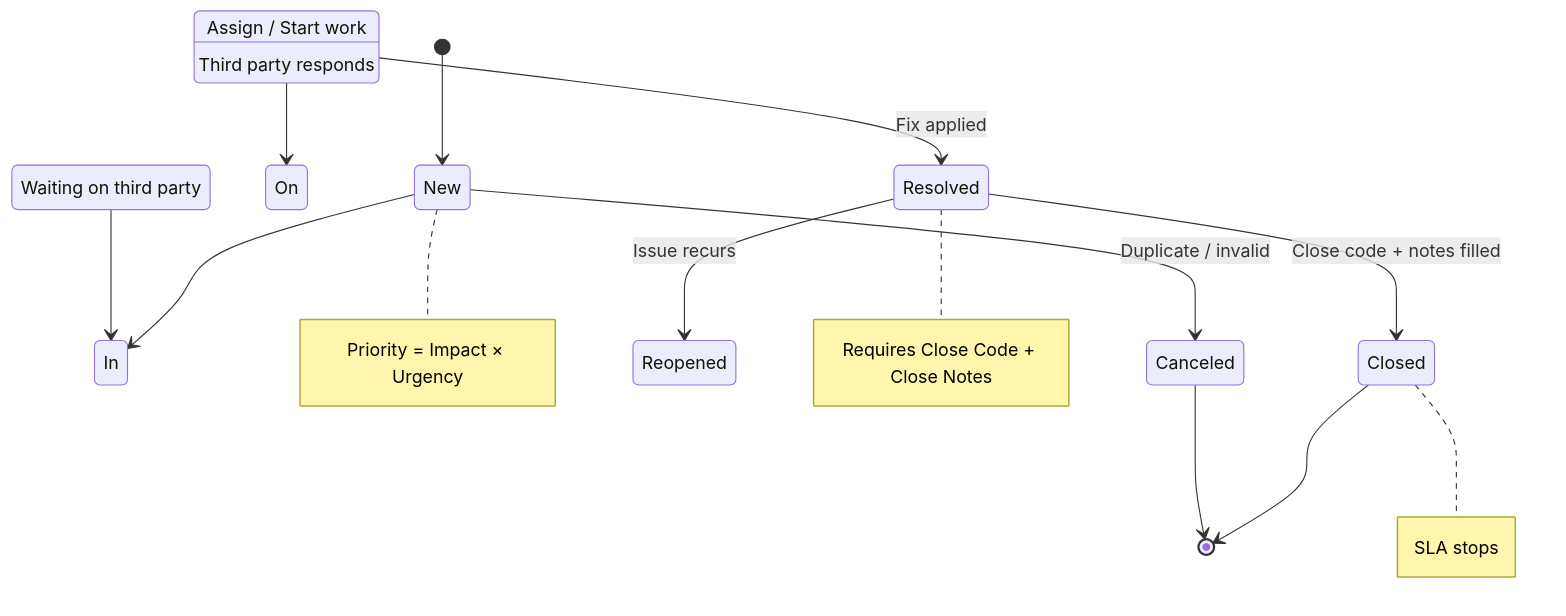
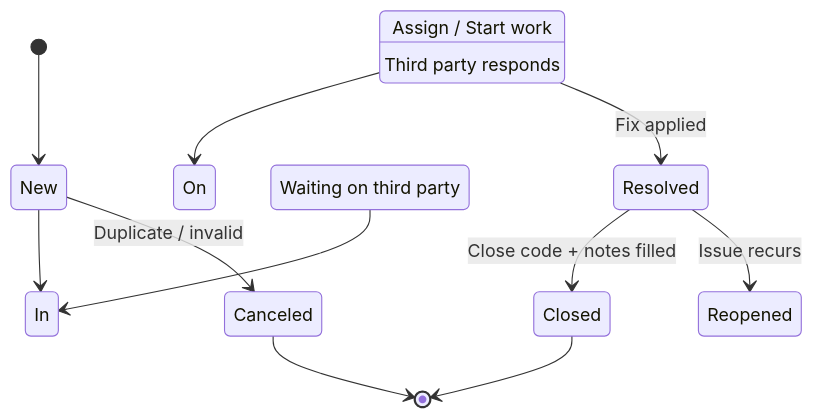
The sixth of 8 diagrams in docs/modules/itsm/itsm-guide.md (eltonaguiar/ServiceNow_Learning_TSOM-_CSM_FSM_SalesCRM_HAM_ITSM), drawn with Mermaid before and after one commit. The commit also changed other lines of this file and 15 other files, not shown here.

First line of the commit message:
Fix table rendering and broken diagrams across all guide pages

````diff
--- a/docs/modules/itsm/itsm-guide.md
+++ b/docs/modules/itsm/itsm-guide.md
@@ -827,17 +798,14 @@
 ```mermaid
 stateDiagram-v2
     [*] --> New
     New --> In Progress : Assign / Start work
     In Progress --> On Hold : Waiting on third party
     On Hold --> In Progress : Third party responds
     In Progress --> Resolved : Fix applied
     Resolved --> Closed : Close code + notes filled
     Resolved --> Reopened : Issue recurs
     Closed --> [*]
     New --> Canceled : Duplicate / invalid
     Canceled --> [*]
 
-    note right of New: Priority = Impact × Urgency
-    note right of Resolved: Requires Close Code + Close Notes
-    note right of Closed: SLA stops
 ```
````
